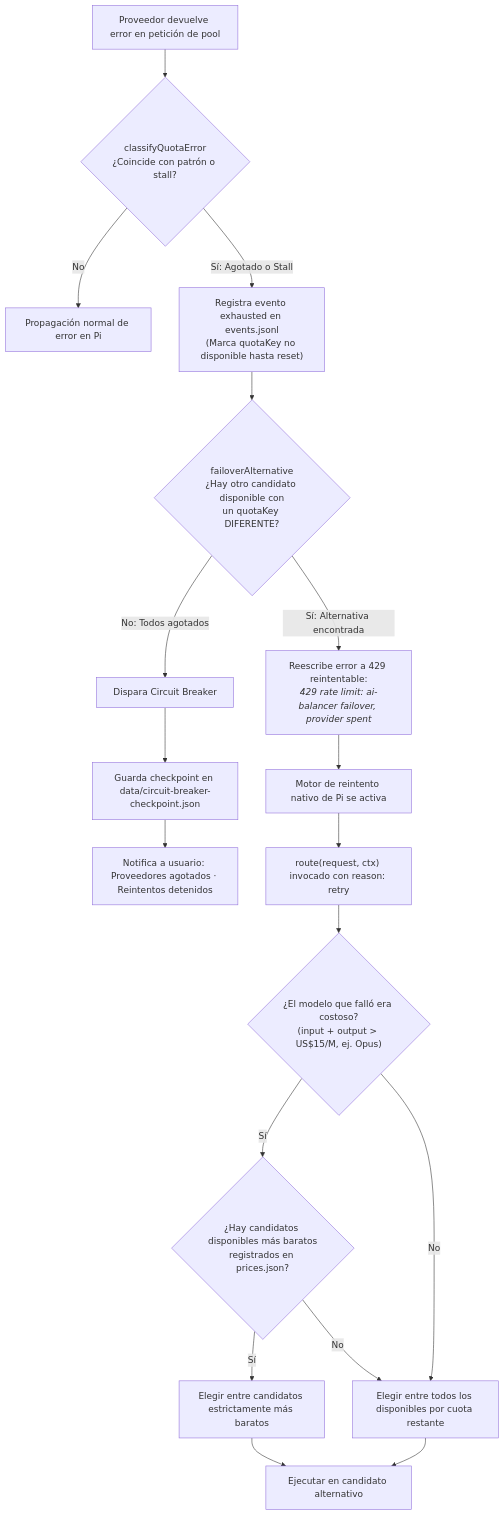
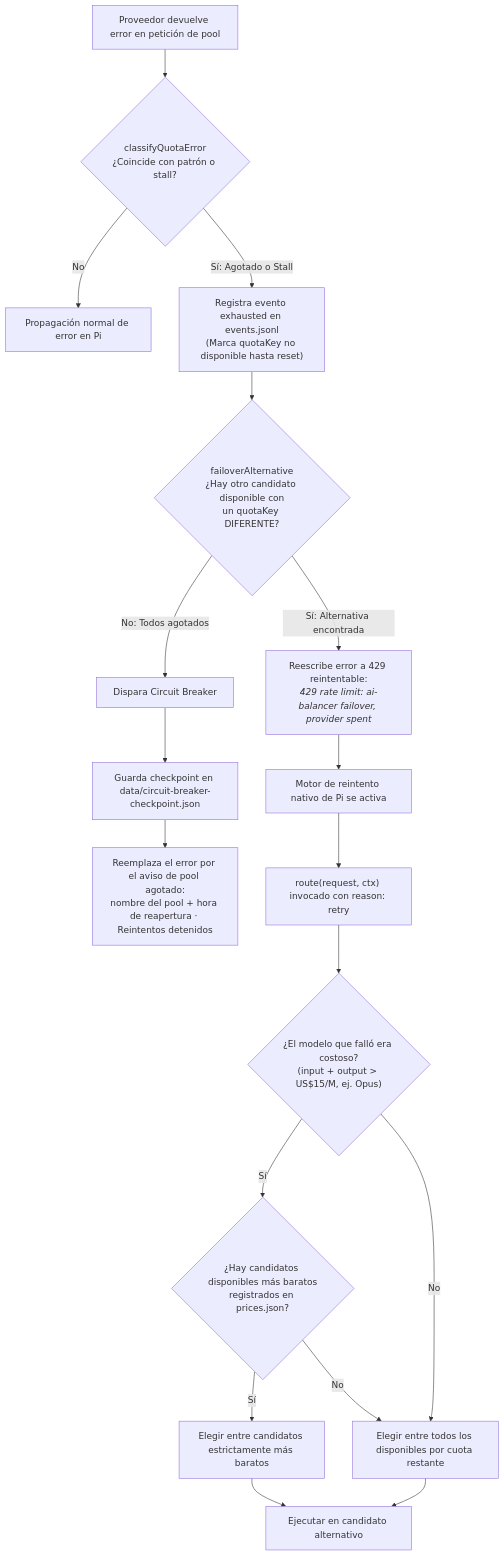
One commit to 3lAngel0/balanceria changed the fourth of 4 diagrams in docs/guide.es.md. Above: the diagram before and after it, drawn with Mermaid. The commit also changed other lines of this file and 6 other files, not shown here.

````diff
--- a/docs/guide.es.md
+++ b/docs/guide.es.md
@@ -234,25 +234,25 @@
 ```mermaid
 flowchart TD
     Err[Proveedor devuelve error en petición de pool] --> Classify{classifyQuotaError<br>¿Coincide con patrón o stall?}
     Classify -- No --> Propagate[Propagación normal de error en Pi]
     Classify -- Sí: Agotado o Stall --> RecordSpent["Registra evento exhausted en events.jsonl<br>(Marca quotaKey no disponible hasta reset)"]
     
     RecordSpent --> AltCheck{"failoverAlternative<br>¿Hay otro candidato disponible con<br>un quotaKey DIFERENTE?"}
     
     AltCheck -- No: Todos agotados --> TripCB[Dispara Circuit Breaker]
     TripCB --> SaveCkpt[Guarda checkpoint en data/circuit-breaker-checkpoint.json]
-    SaveCkpt --> NotifyUser[Notifica a usuario: Proveedores agotados · Reintentos detenidos]
+    SaveCkpt --> NotifyUser[Reemplaza el error por el aviso de pool agotado:<br>nombre del pool + hora de reapertura · Reintentos detenidos]
     
     AltCheck -- Sí: Alternativa encontrada --> Rewrite[Reescribe error a 429 reintentable:<br><i>429 rate limit: ai-balancer failover, provider spent</i>]
     Rewrite --> PiRetry[Motor de reintento nativo de Pi se activa]
     PiRetry --> ReRoute["route(request, ctx) invocado con reason: retry"]
     
     ReRoute --> ExpCheck{"¿El modelo que falló era costoso?<br>(input + output > US$15/M, ej. Opus)"}
     ExpCheck -- Sí --> FilterCheaper{"¿Hay candidatos disponibles más baratos<br>registrados en prices.json?"}
     FilterCheaper -- Sí --> PickCheaper[Elegir entre candidatos estrictamente más baratos]
     FilterCheaper -- No --> PickRemaining[Elegir entre todos los disponibles por cuota restante]
     ExpCheck -- No --> PickRemaining
     
     PickCheaper --> NextReq[Ejecutar en candidato alternativo]
     PickRemaining --> NextReq
 ```
````
